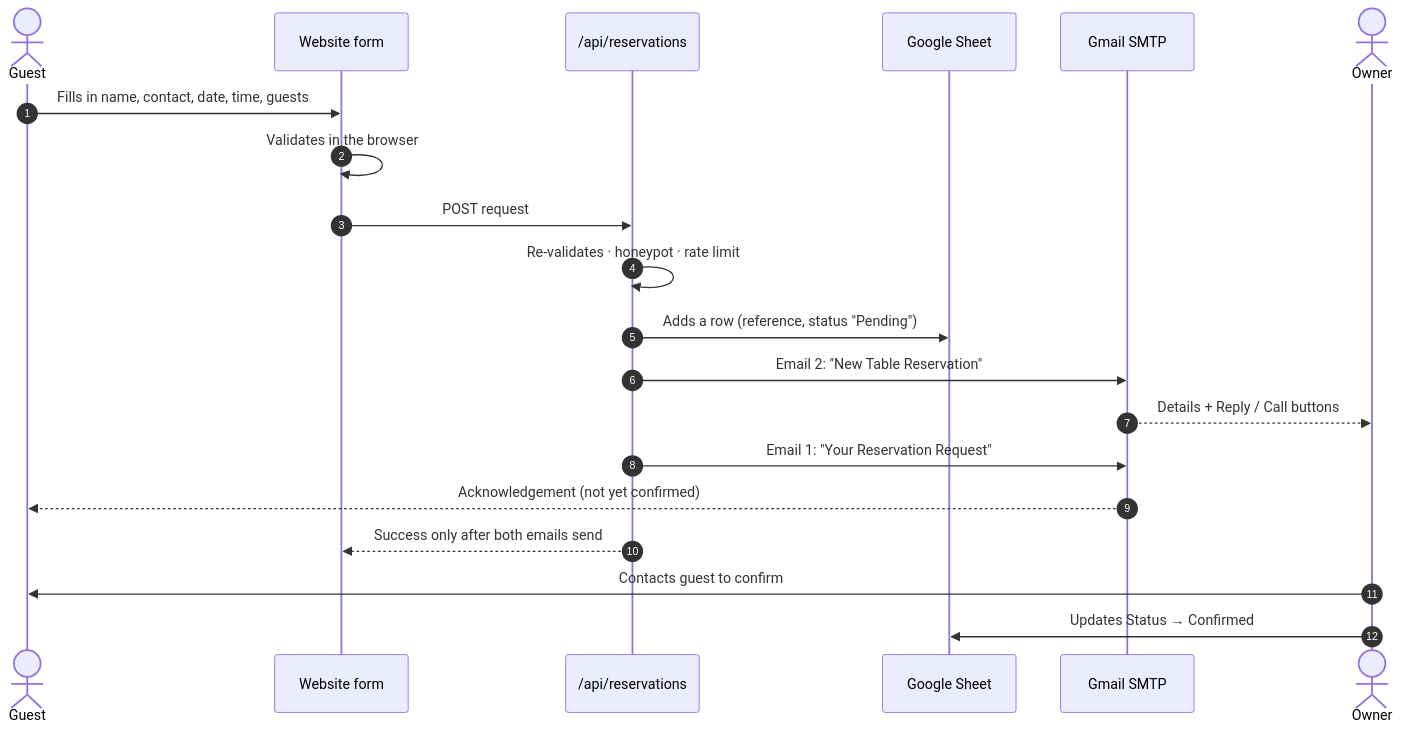
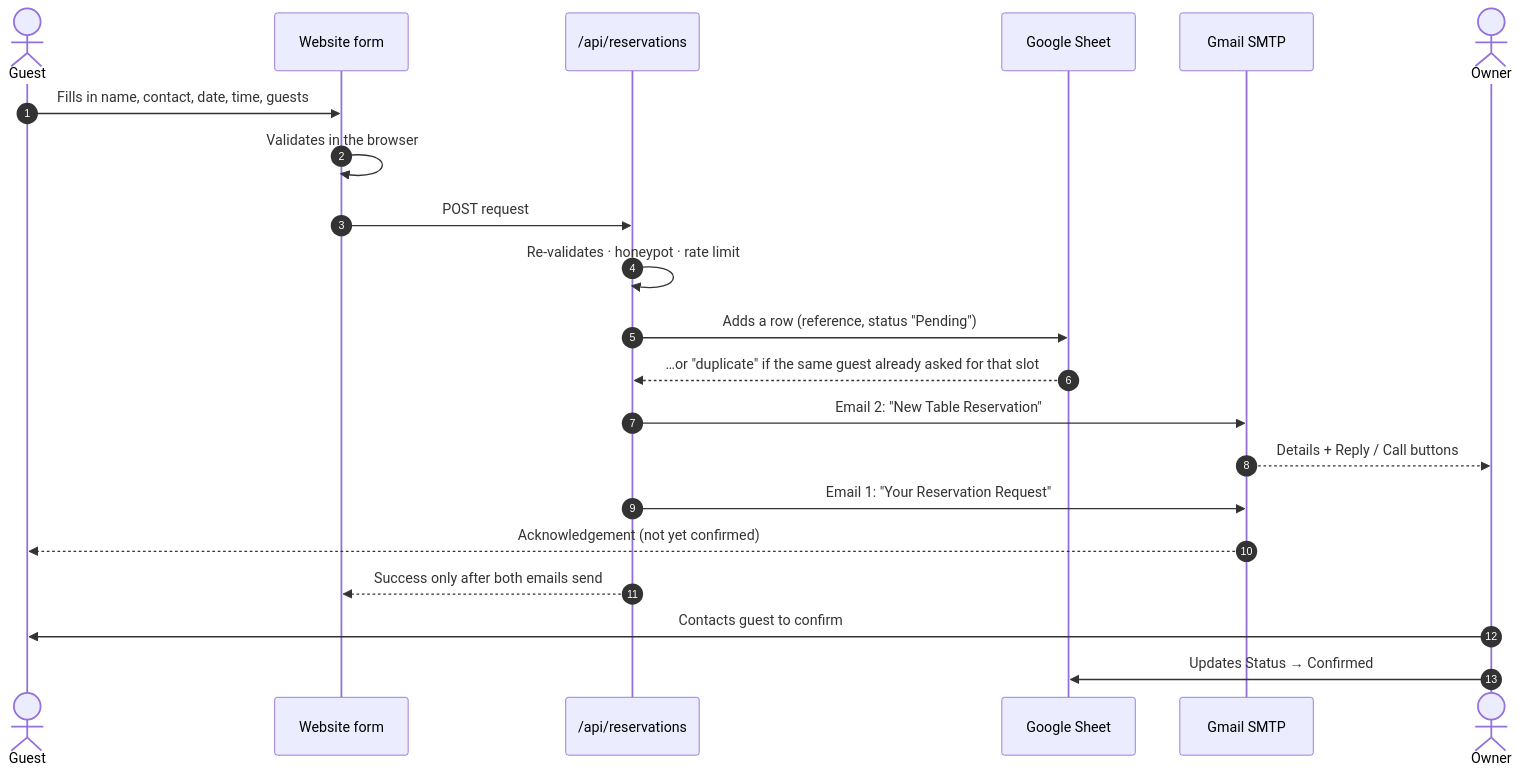
Before and after one commit to rudra1358/aurelia-cafe: the diagram in README.md, drawn with Mermaid. The commit also changed other lines of this file and 6 other files, not shown here.

````diff
--- a/README.md
+++ b/README.md
@@ -142,23 +142,24 @@
 ```mermaid
 sequenceDiagram
     autonumber
     actor Guest
     participant Site as Website form
     participant API as /api/reservations
     participant Sheet as Google Sheet
     participant Gmail as Gmail SMTP
     actor Owner
 
     Guest->>Site: Fills in name, contact, date, time, guests
     Site->>Site: Validates in the browser
     Site->>API: POST request
     API->>API: Re-validates · honeypot · rate limit
     API->>Sheet: Adds a row (reference, status "Pending")
+    Sheet-->>API: …or "duplicate" if the same guest already asked for that slot
     API->>Gmail: Email 2: "New Table Reservation"
     Gmail-->>Owner: Details + Reply / Call buttons
     API->>Gmail: Email 1: "Your Reservation Request"
     Gmail-->>Guest: Acknowledgement (not yet confirmed)
     API-->>Site: Success only after both emails send
     Owner->>Guest: Contacts guest to confirm
     Owner->>Sheet: Updates Status → Confirmed
 ```
````
